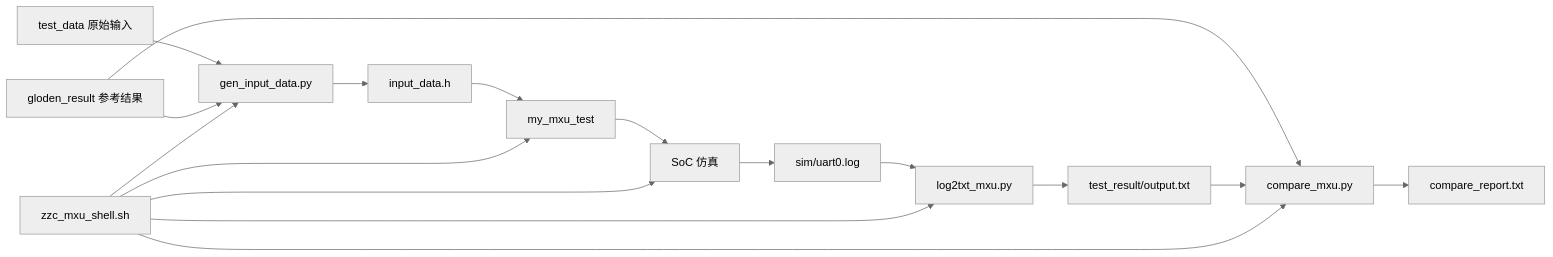
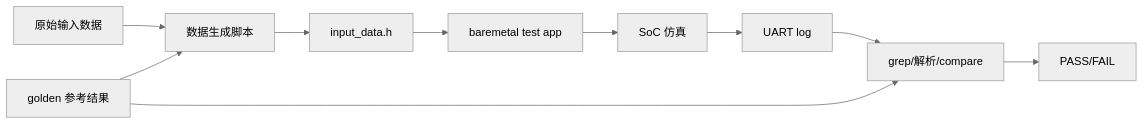
Before and after one commit to AstroCIEL/Soc_w_ASIC: the diagram in doc/如何准备测试数据和测试脚本？.md, drawn with Mermaid (neutral theme). The commit also changed other lines of this file and 2 other files, not shown here.

````diff
--- a/doc/如何准备测试数据和测试脚本？.md
+++ b/doc/如何准备测试数据和测试脚本？.md
@@ -41,19 +25,12 @@
 ```mermaid
 flowchart LR
-  rawInput["test_data 原始输入"] --> genScript["gen_input_data.py"]
-  goldenInput["gloden_result 参考结果"] --> genScript
-  genScript --> inputHeader["input_data.h"]
-  inputHeader --> app["my_mxu_test"]
+  rawData["原始输入数据"] --> genScript["数据生成脚本"]
+  golden["golden 参考结果"] --> genScript
+  genScript --> header["input_data.h"]
+  header --> app["baremetal test app"]
   app --> sim["SoC 仿真"]
-  sim --> uartLog["sim/uart0.log"]
-  uartLog --> log2txt["log2txt_mxu.py"]
-  log2txt --> outputTxt["test_result/output.txt"]
-  goldenInput --> compare["compare_mxu.py"]
-  outputTxt --> compare
-  compare --> report["compare_report.txt"]
-  shell["zzc_mxu_shell.sh"] --> genScript
-  shell --> app
-  shell --> sim
-  shell --> log2txt
-  shell --> compare
+  sim --> uart["UART log"]
+  uart --> checker["grep/解析/compare"]
+  golden --> checker
+  checker --> result["PASS/FAIL"]
 ```
````
